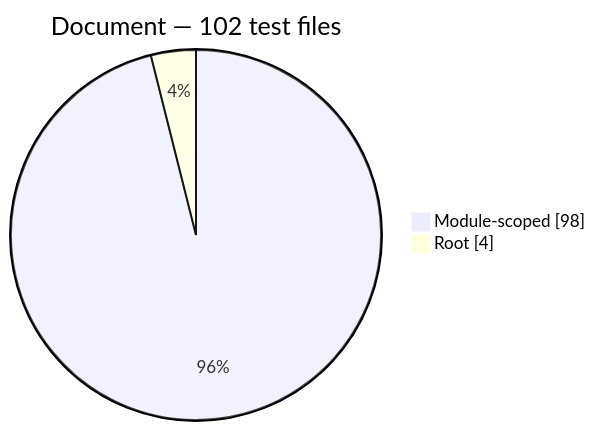
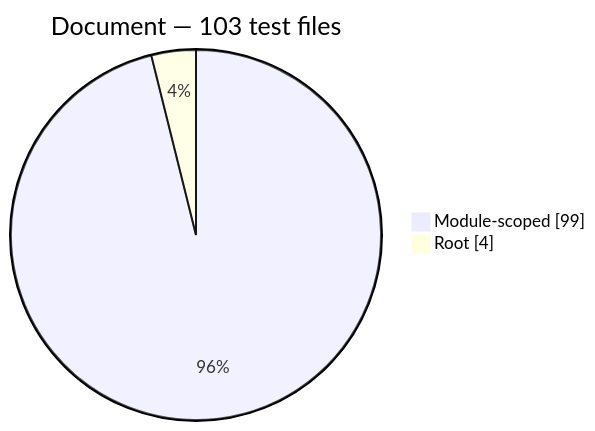
One commit to PHP-Arazzo/php-arazzo changed the fourth of 13 diagrams in docs/generated/test-composition.md. Above: the diagram before and after it, drawn with Mermaid. The commit also changed other lines of this file and 23 other files, not shown here.

Commit message:
docs(generated): sync architecture diagrams and public API reference

````diff
--- a/docs/generated/test-composition.md
+++ b/docs/generated/test-composition.md
@@ -62,6 +62,6 @@
 ```mermaid
 pie showData
-    title Document — 102 test files
-    "Module-scoped": 98
+    title Document — 103 test files
+    "Module-scoped": 99
     "Root": 4
 ```
````
